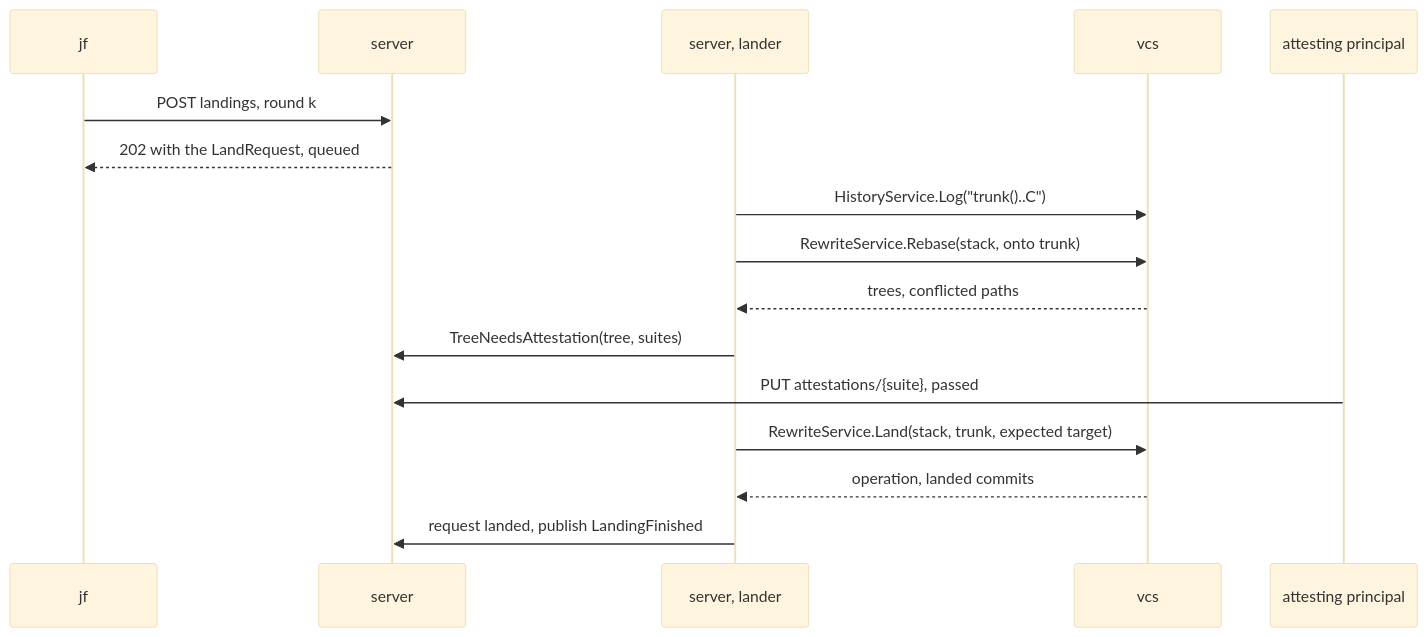
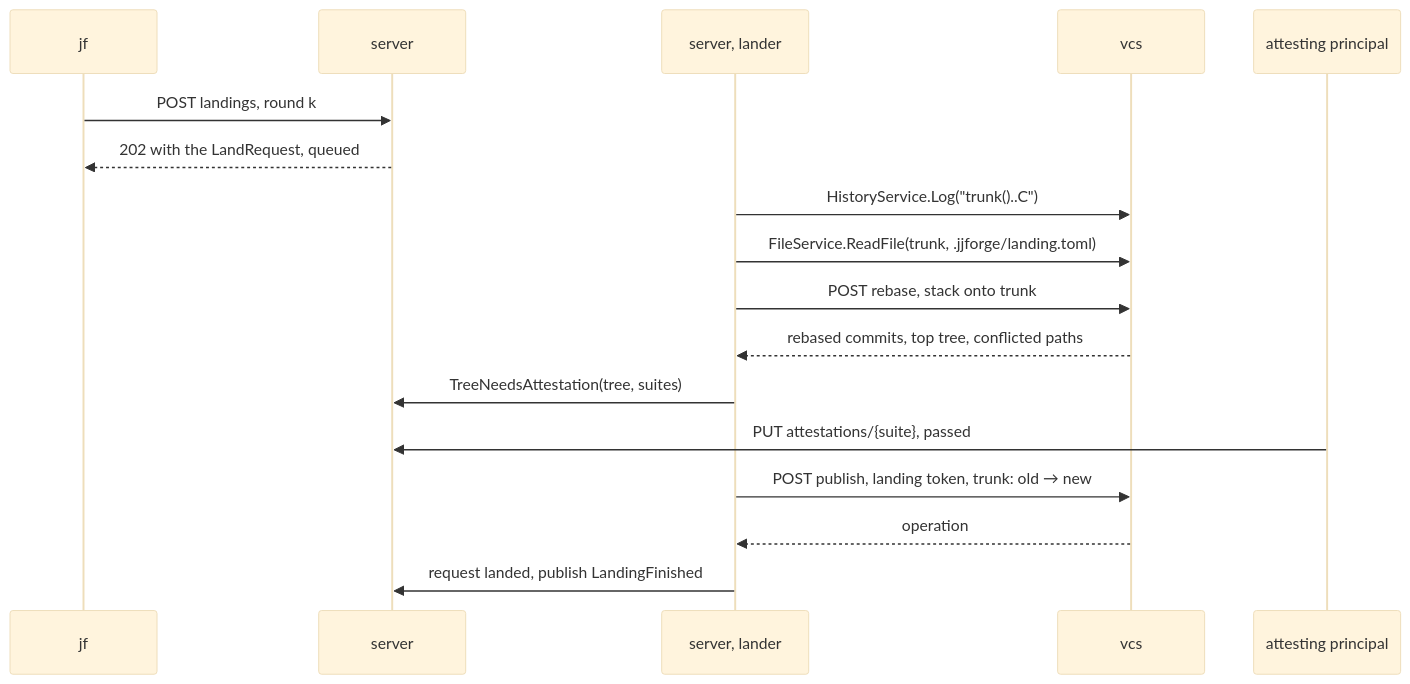
Before and after one commit to nca-apprentices/jjforge: the fourth of 5 diagrams in shared/docs/specs/143-review-model.md, drawn with Mermaid (base theme). The commit also changed other lines of this file, not shown here.

First line of the commit message:
spec: take landing policy from trunk and writes through sync/v1

````diff
--- a/shared/docs/specs/143-review-model.md
+++ b/shared/docs/specs/143-review-model.md
@@ -306,18 +311,19 @@
 ```mermaid
 sequenceDiagram
     participant jf
     participant server
     participant lander as server, lander
     participant vcs
     participant ci as attesting principal
     jf->>server: POST landings, round k
     server-->>jf: 202 with the LandRequest, queued
     lander->>vcs: HistoryService.Log("trunk()..C")
-    lander->>vcs: RewriteService.Rebase(stack, onto trunk)
-    vcs-->>lander: trees, conflicted paths
+    lander->>vcs: FileService.ReadFile(trunk, .jjforge/landing.toml)
+    lander->>vcs: POST rebase, stack onto trunk
+    vcs-->>lander: rebased commits, top tree, conflicted paths
     lander->>server: TreeNeedsAttestation(tree, suites)
     ci->>server: PUT attestations/{suite}, passed
-    lander->>vcs: RewriteService.Land(stack, trunk, expected target)
-    vcs-->>lander: operation, landed commits
+    lander->>vcs: POST publish, landing token, trunk: old → new
+    vcs-->>lander: operation
     lander->>server: request landed, publish LandingFinished
 ```
````
